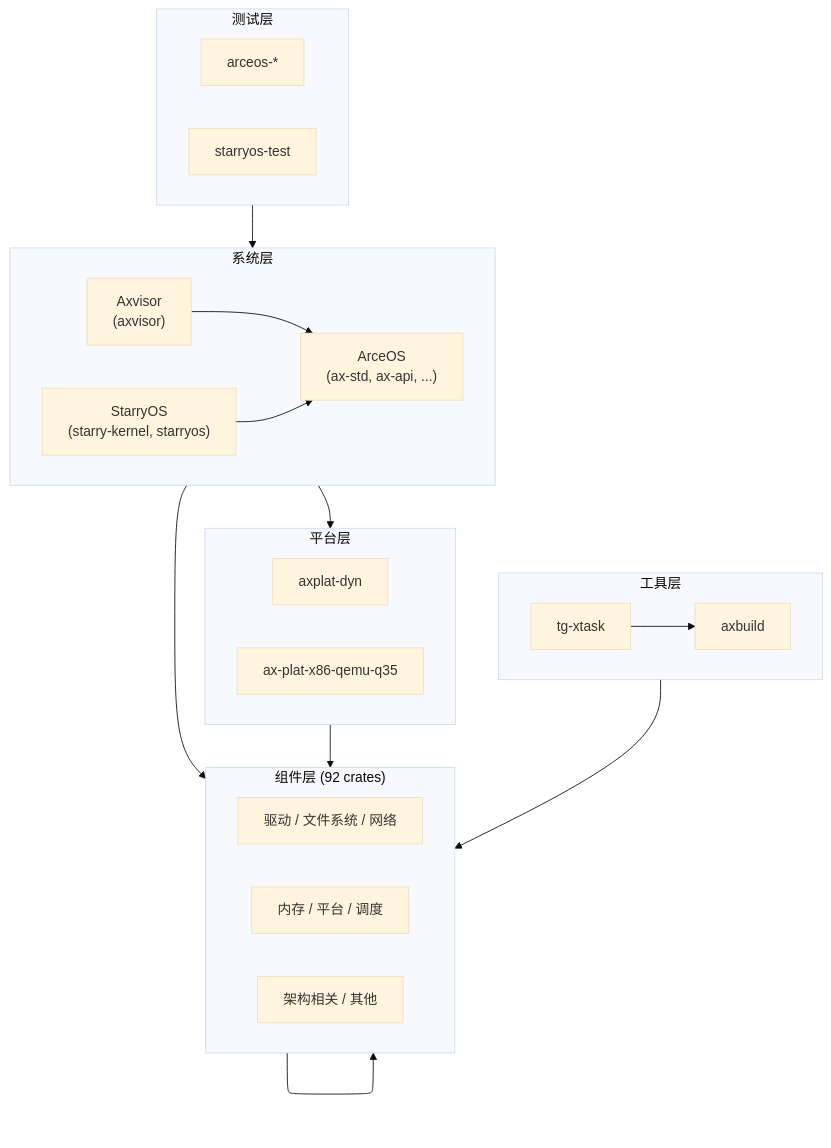
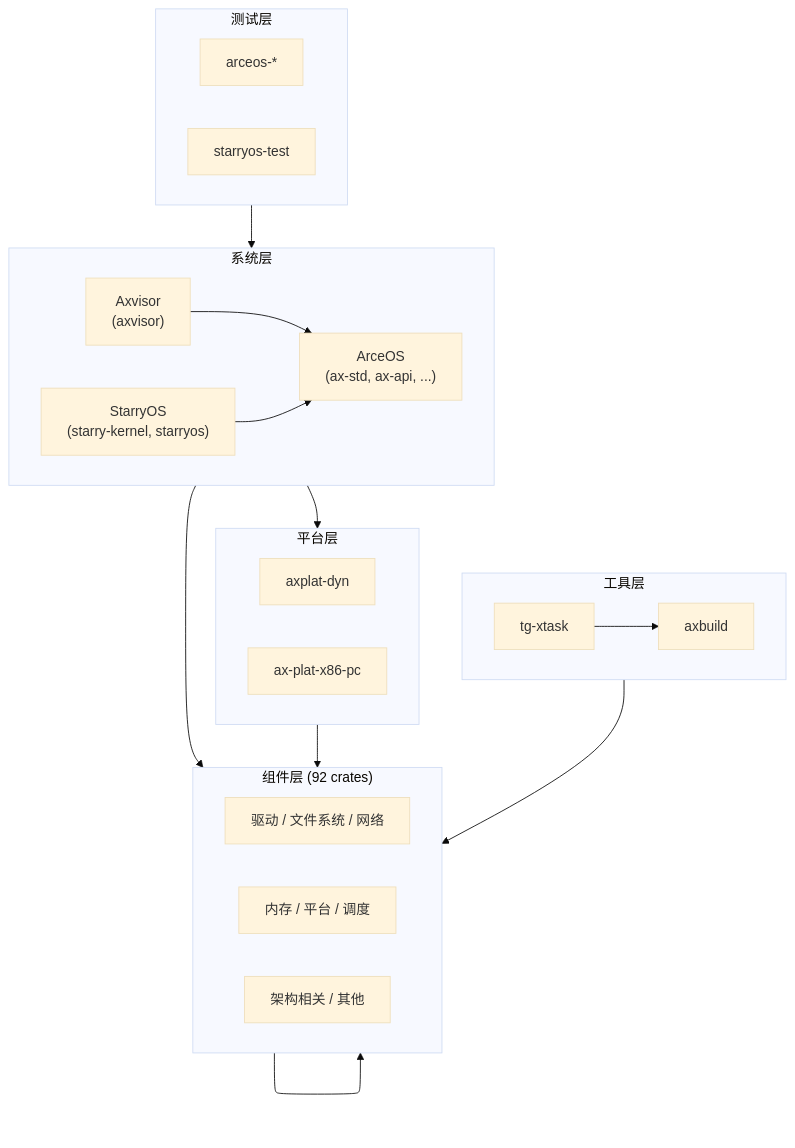
One commit to rcore-os/tgoskits changed the diagram in docs/docs/components/overview.md. Above: the diagram before and after it, drawn with Mermaid (base theme). The commit also changed other lines of this file and 41 other files, not shown here.

````diff
--- a/docs/docs/components/overview.md
+++ b/docs/docs/components/overview.md
@@ -26,40 +26,40 @@
 ```mermaid
 flowchart TB
     subgraph sg_test["测试层"]
         direction LR
         t1["arceos-*"]
         t2["starryos-test"]
     end
     subgraph sg_os["系统层"]
         direction LR
         s1["ArceOS\n(ax-std, ax-api, ...)"]
         s2["StarryOS\n(starry-kernel, starryos)"]
         s3["Axvisor\n(axvisor)"]
     end
     subgraph sg_tool["工具层"]
         direction LR
         tl1["axbuild"]
         tl2["tg-xtask"]
     end
     subgraph sg_plat["平台层"]
         direction LR
         p1["axplat-dyn"]
-        p2["ax-plat-x86-qemu-q35"]
+        p2["ax-plat-x86-pc"]
     end
     subgraph sg_comp["组件层 (92 crates)"]
         direction LR
         c1["驱动 / 文件系统 / 网络"]
         c2["内存 / 平台 / 调度"]
         c3["架构相关 / 其他"]
     end
 
     sg_test --> sg_os
     s3 --> s1
     s2 --> s1
     sg_os --> sg_plat
     sg_os --> sg_comp
     sg_plat --> sg_comp
     tl2 --> tl1
     tl1 --> sg_comp
     sg_comp --> sg_comp
 ```
````
